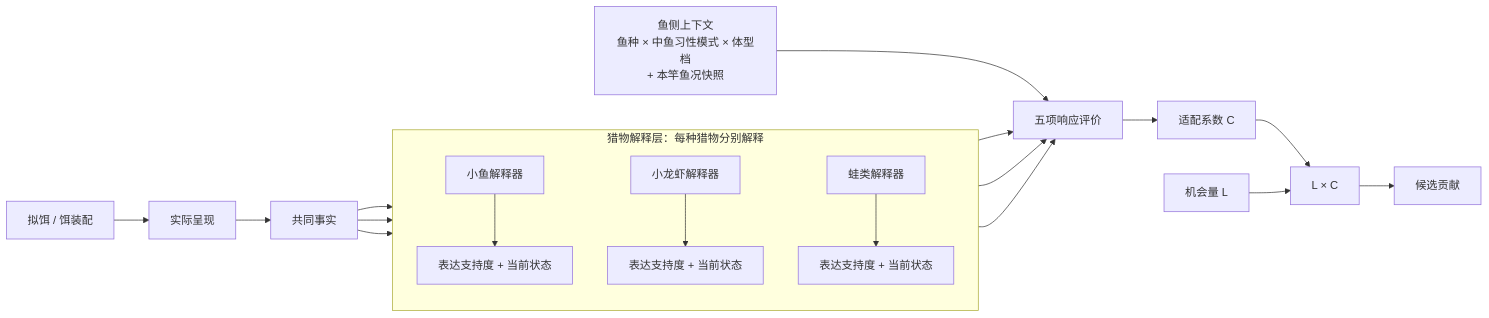
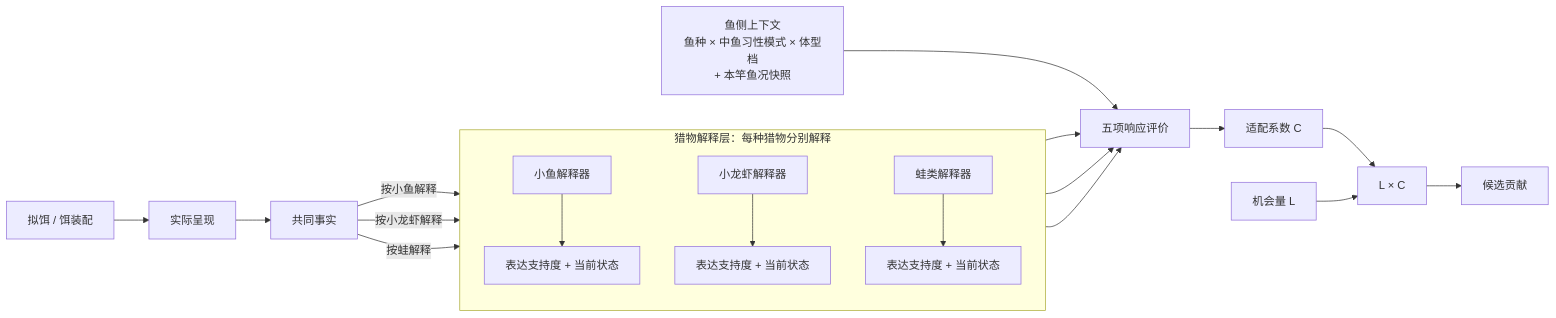
The diagram in docs/alignment/lure-response/2026-10-30-lure-response-alignment-draft.md (futouyiba/HitFish-Up), drawn with Mermaid before and after one commit. The commit also changed other lines of this file and 1 other file, not shown here.

Commit message:
docs: show one lure as multiple prey interpretations
Diagram: lure box now reads 一个饵 · 多种猎物解释; interpreter band reads 同一个饵，被分别解释成多种猎物; mermaid fan-out edges labelled 按小鱼/小龙虾/蛙解释. Section 3 and caption say the lure need not pick a single identity.

````diff
--- a/docs/alignment/lure-response/2026-10-30-lure-response-alignment-draft.md
+++ b/docs/alignment/lure-response/2026-10-30-lure-response-alignment-draft.md
@@ -114,24 +114,24 @@
 ```mermaid
 flowchart LR
     A[拟饵 / 饵装配] --> B[实际呈现] --> F[共同事实]
     subgraph PI[猎物解释层：每种猎物分别解释]
       direction TB
       I1[小鱼解释器]
       I2[小龙虾解释器]
       I3[蛙类解释器]
       I1 --> S1[表达支持度 + 当前状态]
       I2 --> S2[表达支持度 + 当前状态]
       I3 --> S3[表达支持度 + 当前状态]
     end
-    F --> I1
-    F --> I2
-    F --> I3
+    F -->|按小鱼解释| I1
+    F -->|按小龙虾解释| I2
+    F -->|按蛙解释| I3
     FC[鱼侧上下文\n鱼种 × 中鱼习性模式 × 体型档\n+ 本竿鱼况快照] --> R[五项响应评价]
     S1 --> R
     S2 --> R
     S3 --> R
     R --> C[适配系数 C]
     C --> J[L × C]
     O[机会量 L] --> J
     J --> Q[候选贡献]
 ```
````
